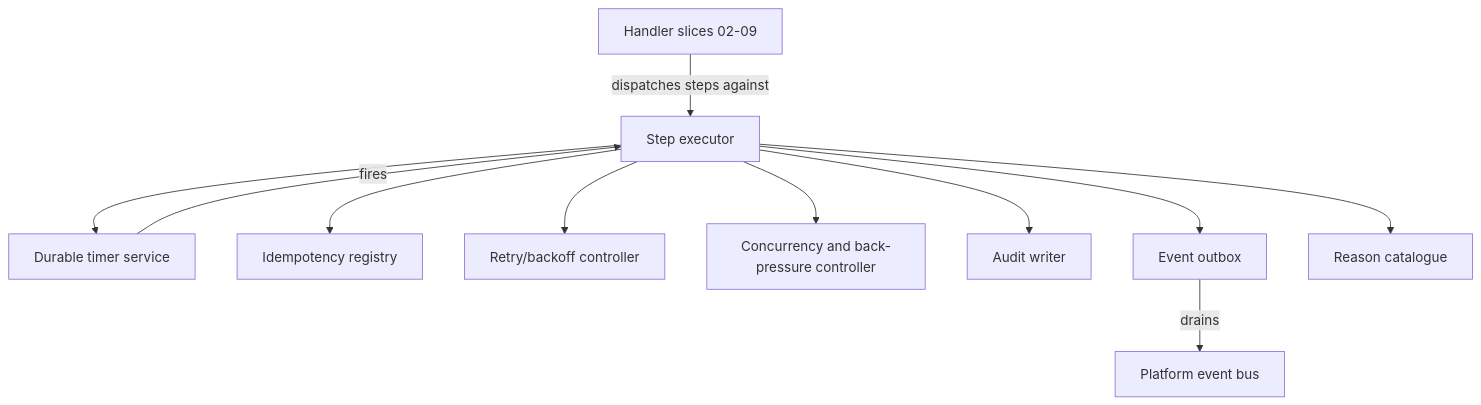
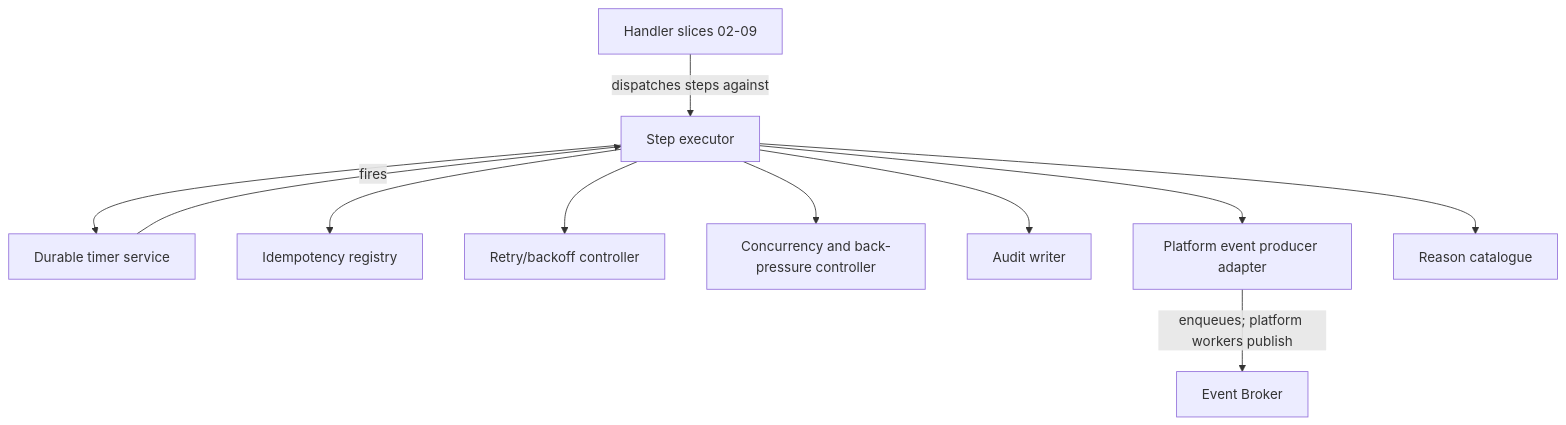
One commit to constructorfabric/gears-rust changed the first of 3 diagrams in gears/bss/orders-workflow/docs/design/01-foundation.md. Above: the diagram before and after it, drawn with Mermaid. The commit also changed other lines of this file and 10 other files, not shown here.

````diff
--- a/gears/bss/orders-workflow/docs/design/01-foundation.md
+++ b/gears/bss/orders-workflow/docs/design/01-foundation.md
@@ -397,22 +399,22 @@
 ```mermaid
 graph TB
     H[Handler slices 02-09]
     E[Step executor]
     T[Durable timer service]
     I[Idempotency registry]
     R[Retry/backoff controller]
     C[Concurrency and back-pressure controller]
     A[Audit writer]
-    X[Event outbox]
+    X[Platform event producer adapter]
     D[Reason catalogue]
     H -->|dispatches steps against| E
     E --> T
     E --> I
     E --> R
     E --> C
     E --> A
     E --> X
     E --> D
-    X -->|drains| BUS[Platform event bus]
+    X -->|enqueues; platform workers publish| BUS[Event Broker]
     T -->|fires| E
 ```
````
